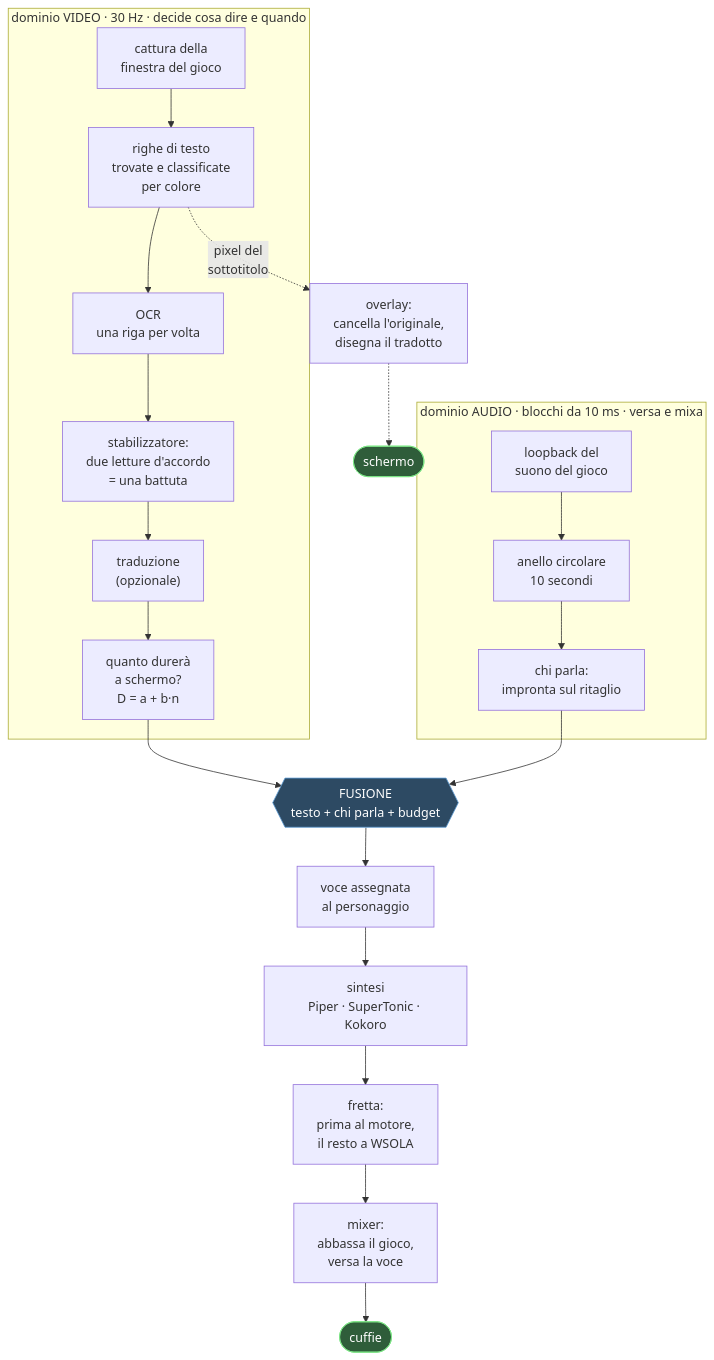
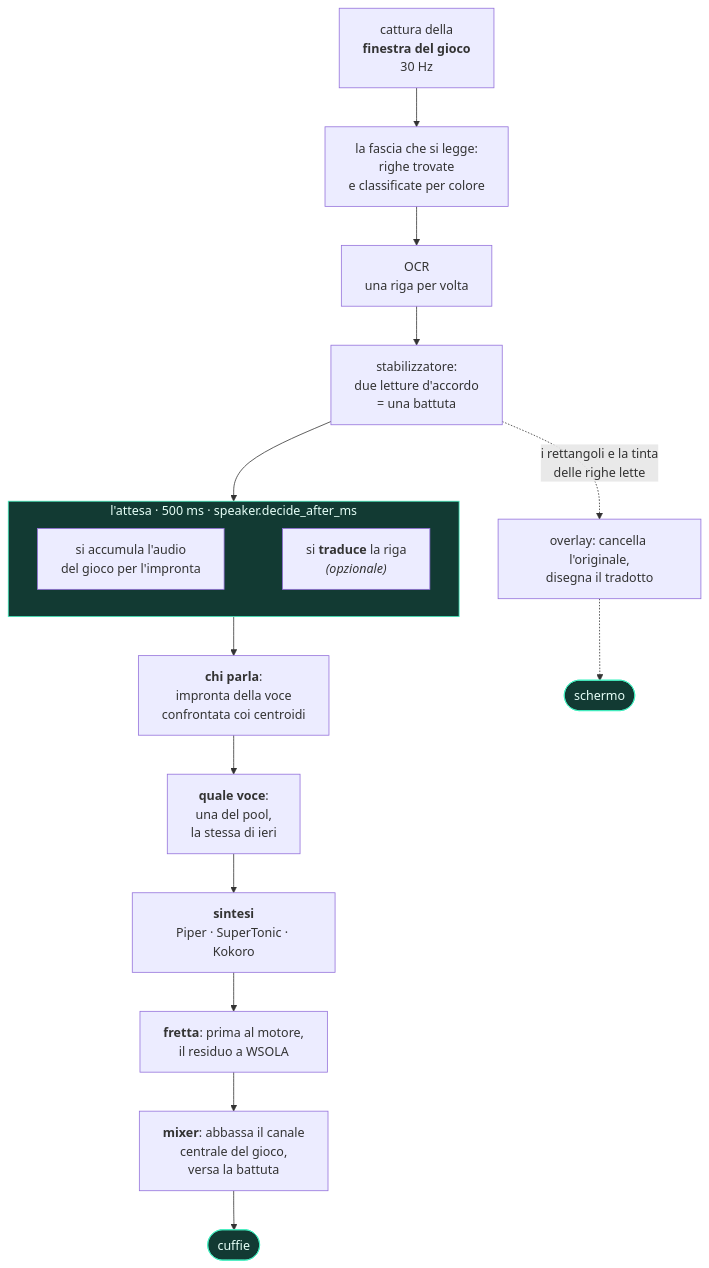
One commit to pigro141/livedub changed the first of 3 diagrams in README.md. Above: the diagram before and after it, drawn with Mermaid. The commit also changed other lines of this file, not shown here.

````diff
--- a/README.md
+++ b/README.md
@@ -35,29 +126,26 @@
 ```mermaid
 flowchart TD
-    subgraph V["dominio VIDEO · 30 Hz · decide cosa dire e quando"]
-        A["cattura della<br/>finestra del gioco"] --> B["righe di testo<br/>trovate e classificate<br/>per colore"]
-        B --> C["OCR<br/>una riga per volta"]
-        C --> D["stabilizzatore:<br/>due letture d'accordo<br/>= una battuta"]
-        D --> T["traduzione<br/>(opzionale)"]
-        T --> E["quanto durerà<br/>a schermo?<br/>D = a + b·n"]
+    subgraph W["l'attesa · 500 ms · speaker.decide_after_ms"]
+      direction LR
+      W1["si accumula l'audio<br/>del gioco per l'impronta"]
+      W2["si <b>traduce</b> la riga<br/><i>(opzionale)</i>"]
+      W1 ~~~ W2
     end
 
-    subgraph A2["dominio AUDIO · blocchi da 10 ms · versa e mixa"]
-        F["loopback del<br/>suono del gioco"] --> G["anello circolare<br/>10 secondi"]
-        G --> H["chi parla:<br/>impronta sul ritaglio"]
-    end
+    A["cattura della<br/><b>finestra del gioco</b><br/>30 Hz"] --> B["la fascia che si legge:<br/>righe trovate<br/>e classificate per colore"]
+    B --> C["OCR<br/>una riga per volta"]
+    C --> D["stabilizzatore:<br/>due letture d'accordo<br/>= una battuta"]
+    D --> W
+    W --> E["<b>chi parla</b>:<br/>impronta della voce<br/>confrontata coi centroidi"]
+    E --> F["<b>quale voce</b>:<br/>una del pool,<br/>la stessa di ieri"]
+    F --> G["<b>sintesi</b><br/>Piper · SuperTonic · Kokoro"]
+    G --> H["<b>fretta</b>: prima al motore,<br/>il residuo a WSOLA"]
+    H --> I["<b>mixer</b>: abbassa il canale<br/>centrale del gioco,<br/>versa la battuta"]
+    I --> J(["cuffie"])
+    D -.->|"i rettangoli e la tinta<br/>delle righe lette"| K["overlay: cancella l'originale,<br/>disegna il tradotto"]
+    K -.-> L(["schermo"])
 
-    E --> I{{"FUSIONE<br/>testo + chi parla + budget"}}
-    H --> I
-    I --> J["voce assegnata<br/>al personaggio"]
-    J --> K["sintesi<br/>Piper · SuperTonic · Kokoro"]
-    K --> L["fretta:<br/>prima al motore,<br/>il resto a WSOLA"]
-    L --> M["mixer:<br/>abbassa il gioco,<br/>versa la voce"]
-    M --> N(["cuffie"])
-    B -.->|"pixel del<br/>sottotitolo"| O["overlay:<br/>cancella l'originale,<br/>disegna il tradotto"]
-    O -.-> P(["schermo"])
-
-    style I fill:#2d4a63,stroke:#5b9bd5,color:#fff
-    style N fill:#2f5d3a,stroke:#7ee787,color:#fff
-    style P fill:#2f5d3a,stroke:#7ee787,color:#fff
+    style W fill:#123a33,stroke:#43f1c1,color:#e6fff8
+    style J fill:#123a33,stroke:#43f1c1,color:#e6fff8
+    style L fill:#123a33,stroke:#43f1c1,color:#e6fff8
 ```
````
